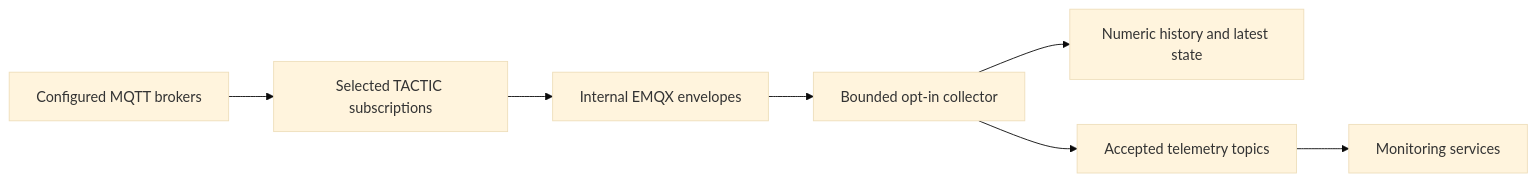
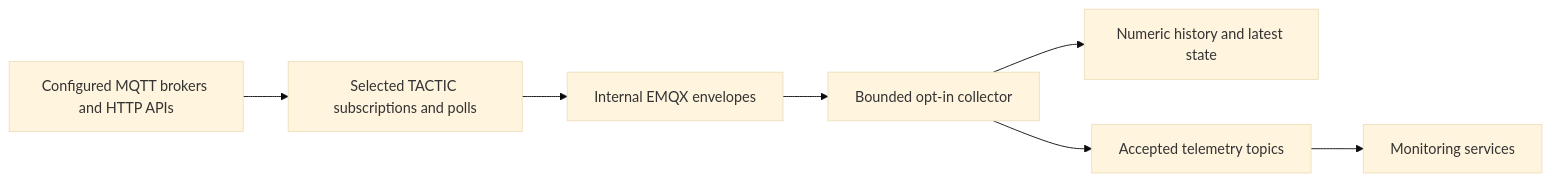
Before and after one commit to DataDrivenSustainabilitySolutions/off-key: the diagram in docs/operations/system-collection.md, drawn with Mermaid (base theme). The commit also changed other lines of this file and 51 other files, not shown here.

First line of the commit message:
Add HTTP APIs as a polled source beside MQTT brokers

````diff
--- a/docs/operations/system-collection.md
+++ b/docs/operations/system-collection.md
@@ -11,9 +12,9 @@
 ```mermaid
 flowchart LR
-  B[Configured MQTT brokers] --> I[Selected TACTIC subscriptions]
+  B[Configured MQTT brokers and HTTP APIs] --> I[Selected TACTIC subscriptions and polls]
   I --> E[Internal EMQX envelopes]
   E --> C[Bounded opt-in collector]
   C --> H[Numeric history and latest state]
   C --> R[Accepted telemetry topics]
   R --> M[Monitoring services]
 ```
````
